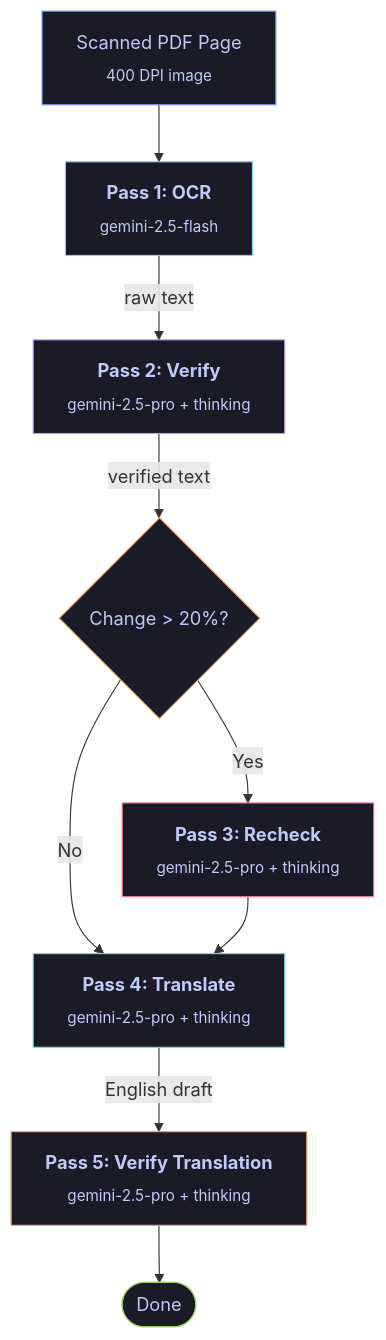
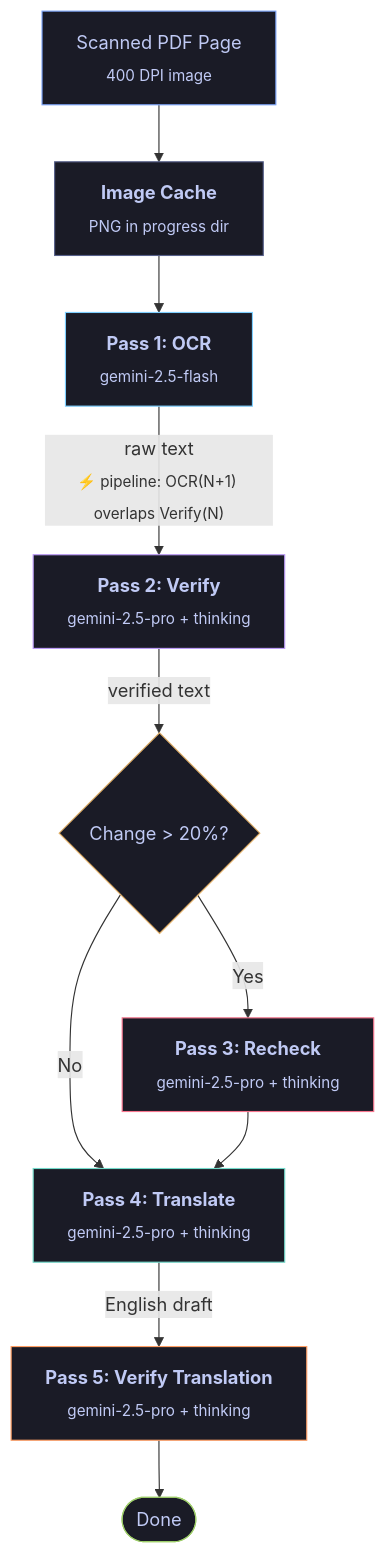
One commit to SangeethsivanSivakumar/Akshara changed the diagram in README.md. Above: the diagram before and after it, drawn with Mermaid. The commit also changed other lines of this file and 2 other files, not shown here.

First line of the commit message:
Refactor OCR tool for improved performance and caching

````diff
--- a/README.md
+++ b/README.md
@@ -73,20 +78,22 @@
 ```mermaid
 flowchart TD
-    A["Scanned PDF Page<br/><sub>400 DPI image</sub>"] --> B["<b>Pass 1: OCR</b><br/><sub>gemini-2.5-flash</sub>"]
-    B -->|raw text| C["<b>Pass 2: Verify</b><br/><sub>gemini-2.5-pro + thinking</sub>"]
+    A["Scanned PDF Page<br/><sub>400 DPI image</sub>"] --> CA["<b>Image Cache</b><br/><sub>PNG in progress dir</sub>"]
+    CA --> B["<b>Pass 1: OCR</b><br/><sub>gemini-2.5-flash</sub>"]
+    B -->|"raw text<br/><sub>⚡ pipeline: OCR(N+1) overlaps Verify(N)</sub>"| C["<b>Pass 2: Verify</b><br/><sub>gemini-2.5-pro + thinking</sub>"]
     C -->|verified text| D{"Change > 20%?"}
     D -->|Yes| E["<b>Pass 3: Recheck</b><br/><sub>gemini-2.5-pro + thinking</sub>"]
     D -->|No| F["<b>Pass 4: Translate</b><br/><sub>gemini-2.5-pro + thinking</sub>"]
     E --> F
     F -->|English draft| G["<b>Pass 5: Verify Translation</b><br/><sub>gemini-2.5-pro + thinking</sub>"]
     G --> H(["Done"])
 
     style A fill:#1a1b26,stroke:#7aa2f7,color:#c0caf5
+    style CA fill:#1a1b26,stroke:#565f89,color:#c0caf5
     style B fill:#1a1b26,stroke:#7dcfff,color:#c0caf5
     style C fill:#1a1b26,stroke:#bb9af7,color:#c0caf5
     style D fill:#1a1b26,stroke:#e0af68,color:#c0caf5
     style E fill:#1a1b26,stroke:#f7768e,color:#c0caf5
     style F fill:#1a1b26,stroke:#73daca,color:#c0caf5
     style G fill:#1a1b26,stroke:#ff9e64,color:#c0caf5
     style H fill:#1a1b26,stroke:#9ece6a,color:#c0caf5
 ```
````
